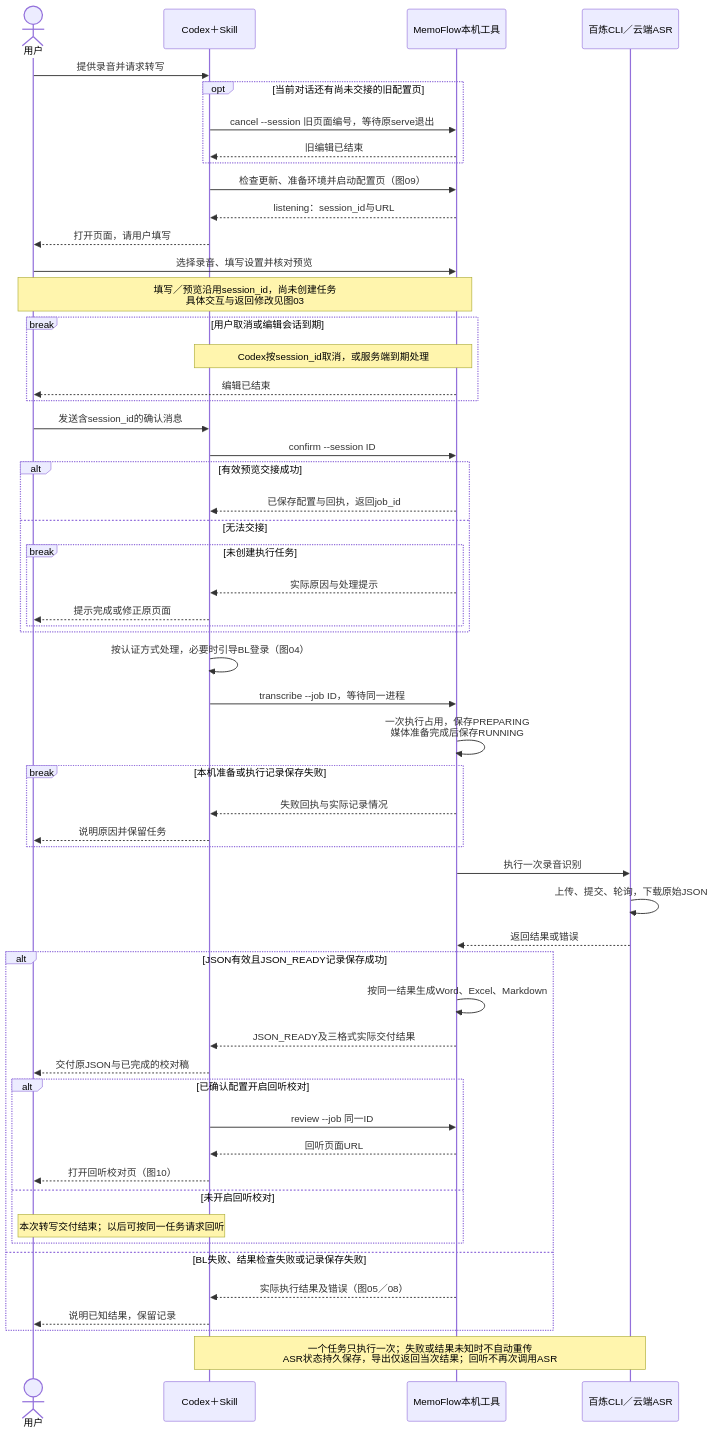
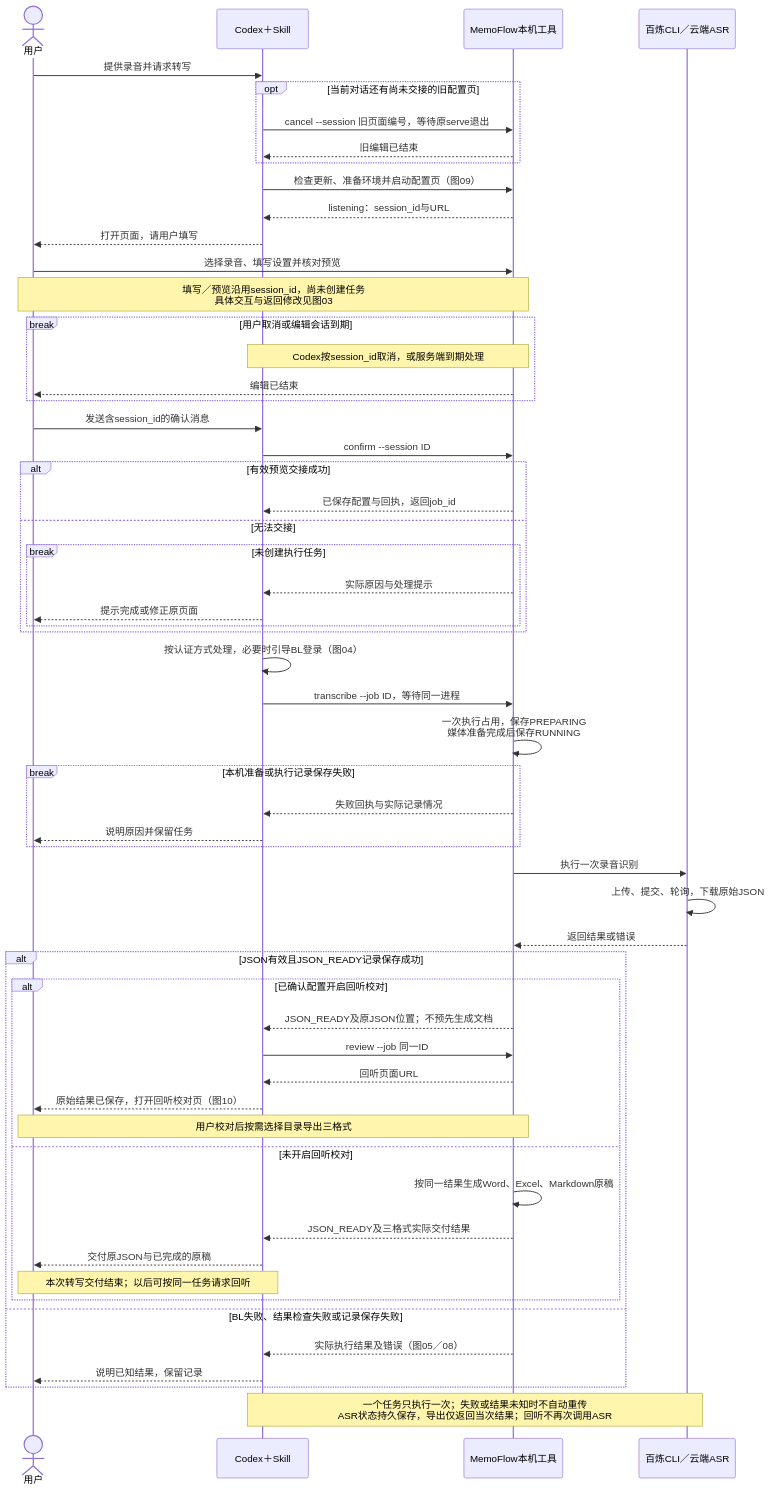
The diagram in doc/uml/07-workflow.mmd (hx101700/memoflow), drawn with Mermaid before and after one commit. The commit also changed 28 other files, not shown here.

```diff
--- a/doc/uml/07-workflow.mmd
+++ b/doc/uml/07-workflow.mmd
@@ -1,55 +1,57 @@
 sequenceDiagram
 actor U as 用户
 participant C as Codex＋Skill
 participant M as MemoFlow本机工具
 participant B as 百炼CLI／云端ASR
 U->>C: 提供录音并请求转写
 opt 当前对话还有尚未交接的旧配置页
     C->>M: cancel --session 旧页面编号，等待原serve退出
     M-->>C: 旧编辑已结束
 end
 C->>M: 检查更新、准备环境并启动配置页（图09）
 M-->>C: listening：session_id与URL
 C-->>U: 打开页面，请用户填写
 U->>M: 选择录音、填写设置并核对预览
 Note over U,M: 填写／预览沿用session_id，尚未创建任务<br/>具体交互与返回修改见图03
 break 用户取消或编辑会话到期
     Note over C,M: Codex按session_id取消，或服务端到期处理
     M-->>U: 编辑已结束
 end
 U->>C: 发送含session_id的确认消息
 C->>M: confirm --session ID
 alt 有效预览交接成功
     M-->>C: 已保存配置与回执，返回job_id
 else 无法交接
     break 未创建执行任务
         M-->>C: 实际原因与处理提示
         C-->>U: 提示完成或修正原页面
     end
 end
 C->>C: 按认证方式处理，必要时引导BL登录（图04）
 C->>M: transcribe --job ID，等待同一进程
 M->>M: 一次执行占用，保存PREPARING<br/>媒体准备完成后保存RUNNING
 break 本机准备或执行记录保存失败
     M-->>C: 失败回执与实际记录情况
     C-->>U: 说明原因并保留任务
 end
 M->>B: 执行一次录音识别
 B->>B: 上传、提交、轮询，下载原始JSON
 B-->>M: 返回结果或错误
 alt JSON有效且JSON_READY记录保存成功
-    M->>M: 按同一结果生成Word、Excel、Markdown
-    M-->>C: JSON_READY及三格式实际交付结果
-    C-->>U: 交付原JSON与已完成的校对稿
     alt 已确认配置开启回听校对
+        M-->>C: JSON_READY及原JSON位置；不预先生成文档
         C->>M: review --job 同一ID
         M-->>C: 回听页面URL
-        C-->>U: 打开回听校对页（图10）
+        C-->>U: 原始结果已保存，打开回听校对页（图10）
+        Note over U,M: 用户校对后按需选择目录导出三格式
     else 未开启回听校对
+        M->>M: 按同一结果生成Word、Excel、Markdown原稿
+        M-->>C: JSON_READY及三格式实际交付结果
+        C-->>U: 交付原JSON与已完成的原稿
         Note over U,C: 本次转写交付结束；以后可按同一任务请求回听
     end
 else BL失败、结果检查失败或记录保存失败
     M-->>C: 实际执行结果及错误（图05／08）
     C-->>U: 说明已知结果，保留记录
 end
 Note over C,B: 一个任务只执行一次；失败或结果未知时不自动重传<br/>ASR状态持久保存，导出仅返回当次结果；回听不再次调用ASR
```
